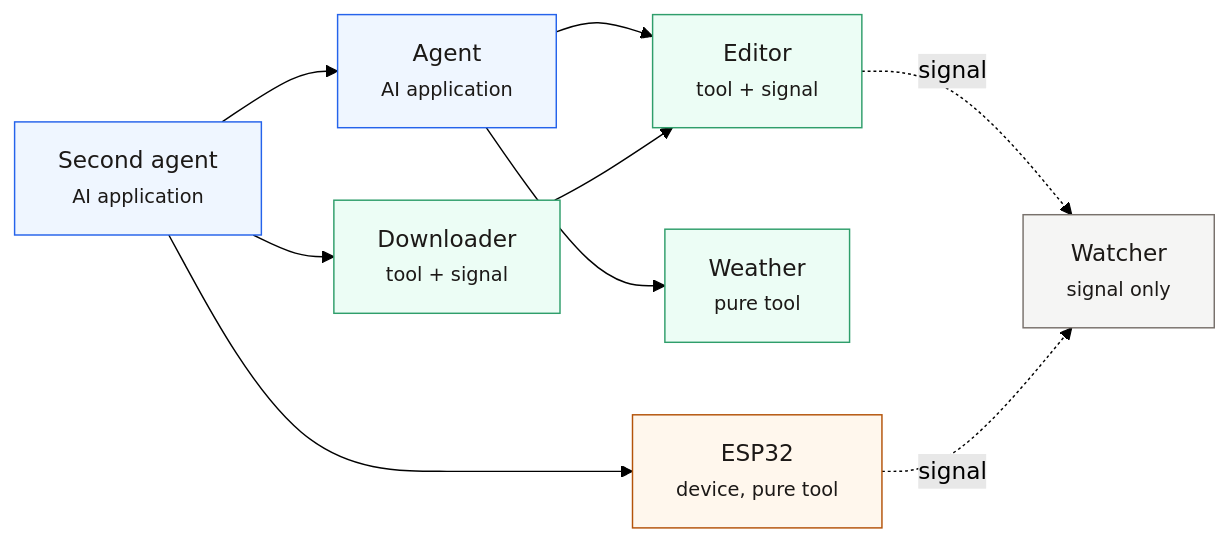
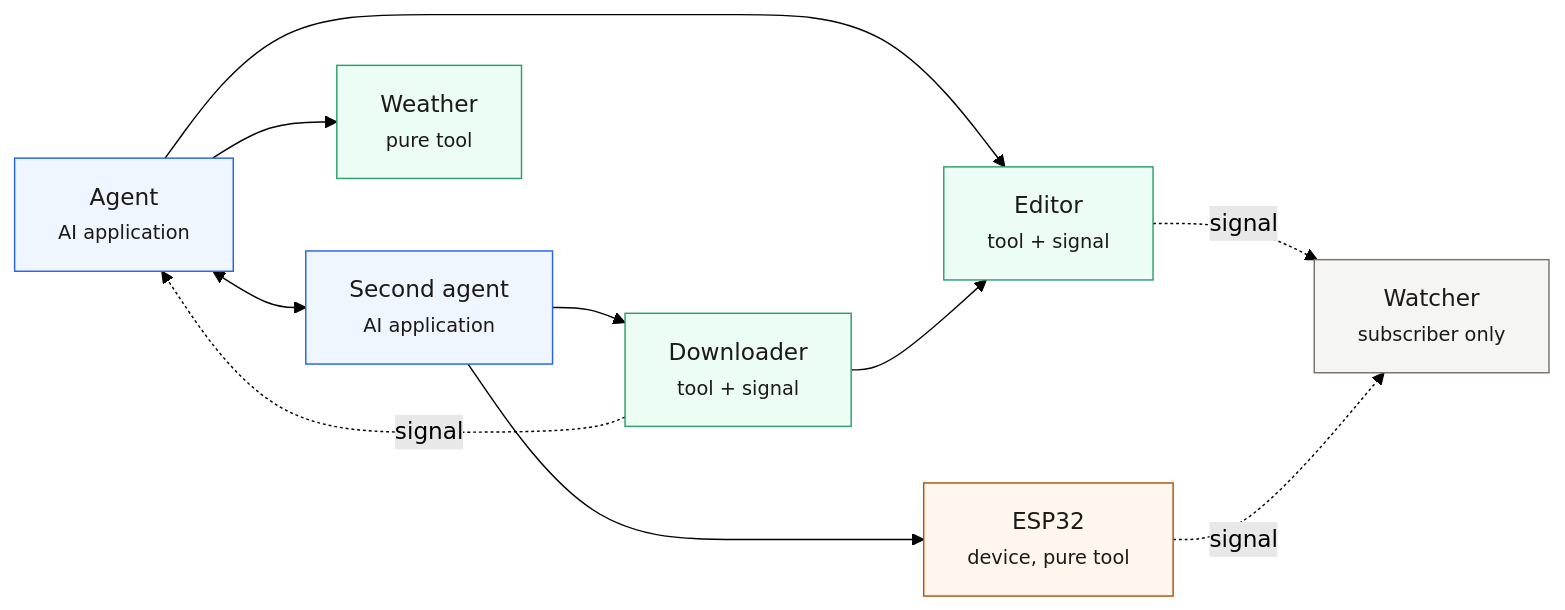
Before and after one commit to ModelSensingProtocol/msp-site: the diagram in docs-site/docs/architecture.md, drawn with Mermaid (forest theme). The commit also changed other lines of this file and 7 other files, not shown here.

````diff
--- a/docs-site/docs/architecture.md
+++ b/docs-site/docs/architecture.md
@@ -3,30 +3,31 @@
 ```mermaid
 flowchart LR
   A1["Agent<br/><small>AI application</small>"]
   A2["Second agent<br/><small>AI application</small>"]
   ED["Editor<br/><small>tool + signal</small>"]
   DL["Downloader<br/><small>tool + signal</small>"]
   W["Weather<br/><small>pure tool</small>"]
   ES["ESP32<br/><small>device, pure tool</small>"]
-  OB["Watcher<br/><small>signal only</small>"]
+  OB["Watcher<br/><small>subscriber only</small>"]
 
+  A1 <--> A2
   A1 --> ED
   A1 --> W
   A2 --> DL
   A2 --> ES
-  A2 --> A1
   DL --> ED
 
+  DL -. signal .-> A1
   ED -. signal .-> OB
   ES -. signal .-> OB
 
   classDef ai fill:#eff6ff,stroke:#2563eb,color:#1c1917
   classDef tool fill:#ecfdf5,stroke:#2f9e6b,color:#1c1917
   classDef dev fill:#fff7ed,stroke:#b45309,color:#1c1917
   classDef obs fill:#f5f5f4,stroke:#78716c,color:#1c1917
 
   class A1,A2 ai
   class ED,DL,W tool
   class ES dev
   class OB obs
 ```
````
